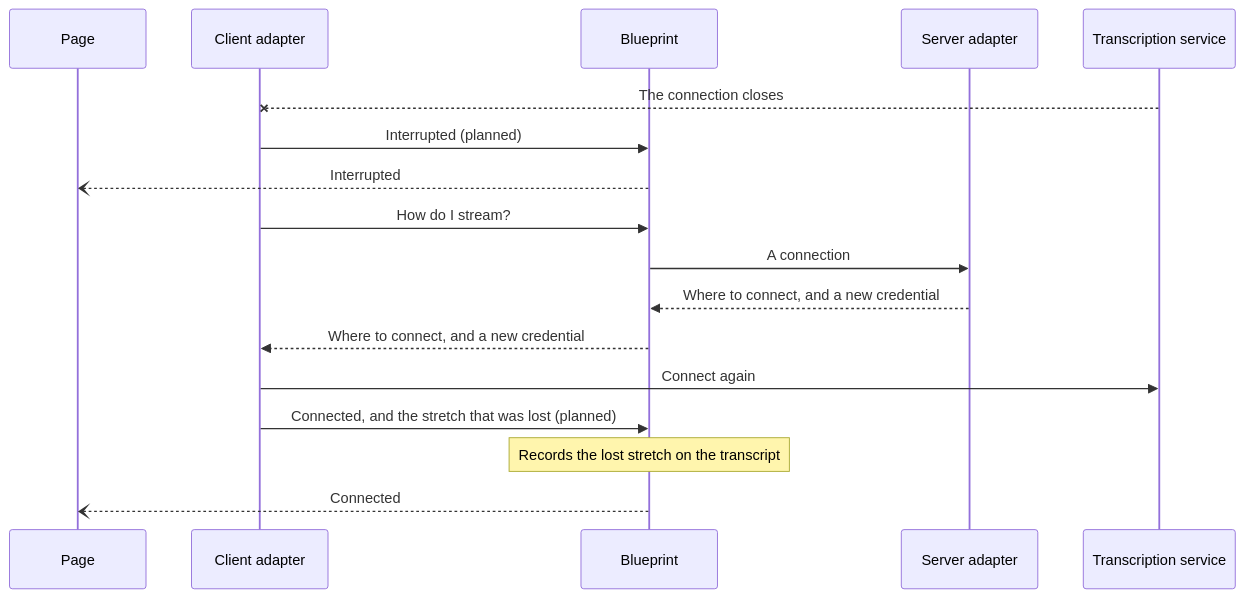
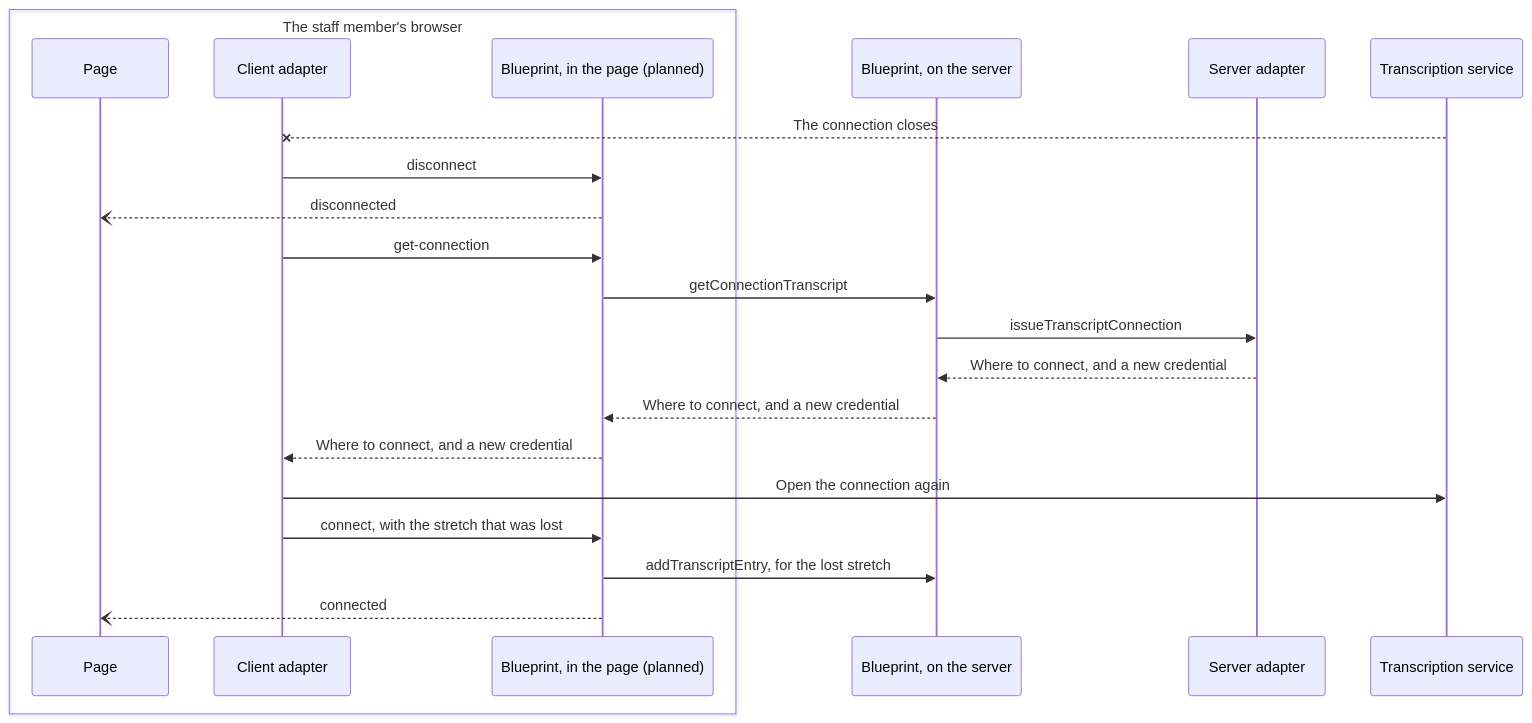
The fifth of 6 diagrams in docs/architecture/domains/communication.md (codeforamerica/safety-net-blueprint), drawn with Mermaid before and after one commit. The commit also changed other lines of this file, not shown here.

First line of the commit message:
Decide the session's names, and show where each part runs

````diff
--- a/docs/architecture/domains/communication.md
+++ b/docs/architecture/domains/communication.md
@@ -179,20 +236,25 @@
 ```mermaid
 sequenceDiagram
-    participant Page
-    participant Client as Client adapter
-    participant Blueprint
+    box The staff member's browser
+        participant Page
+        participant Client as Client adapter
+        participant Session as Blueprint, in the page (planned)
+    end
+    participant Server as Blueprint, on the server
     participant Adapter as Server adapter
     participant Service as Transcription service
 
     Service--xClient: The connection closes
-    Client->>Blueprint: Interrupted (planned)
-    Blueprint--)Page: Interrupted
-    Client->>Blueprint: How do I stream?
-    Blueprint->>Adapter: A connection
-    Adapter-->>Blueprint: Where to connect, and a new credential
-    Blueprint-->>Client: Where to connect, and a new credential
-    Client->>Service: Connect again
-    Client->>Blueprint: Connected, and the stretch that was lost (planned)
-    Note over Blueprint: Records the lost stretch on the transcript
-    Blueprint--)Page: Connected
+    Client->>Session: disconnect
+    Session--)Page: disconnected
+    Client->>Session: get-connection
+    Session->>Server: getConnectionTranscript
+    Server->>Adapter: issueTranscriptConnection
+    Adapter-->>Server: Where to connect, and a new credential
+    Server-->>Session: Where to connect, and a new credential
+    Session-->>Client: Where to connect, and a new credential
+    Client->>Service: Open the connection again
+    Client->>Session: connect, with the stretch that was lost
+    Session->>Server: addTranscriptEntry, for the lost stretch
+    Session--)Page: connected
 ```
````
